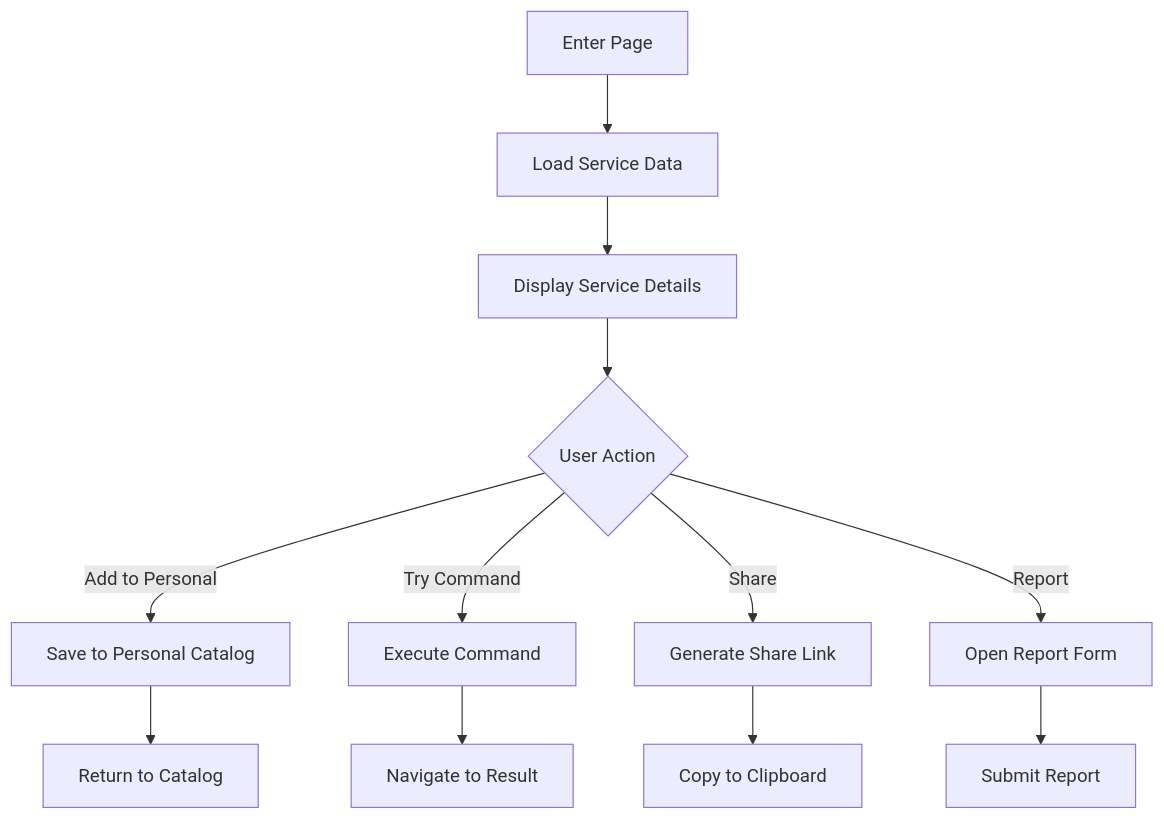
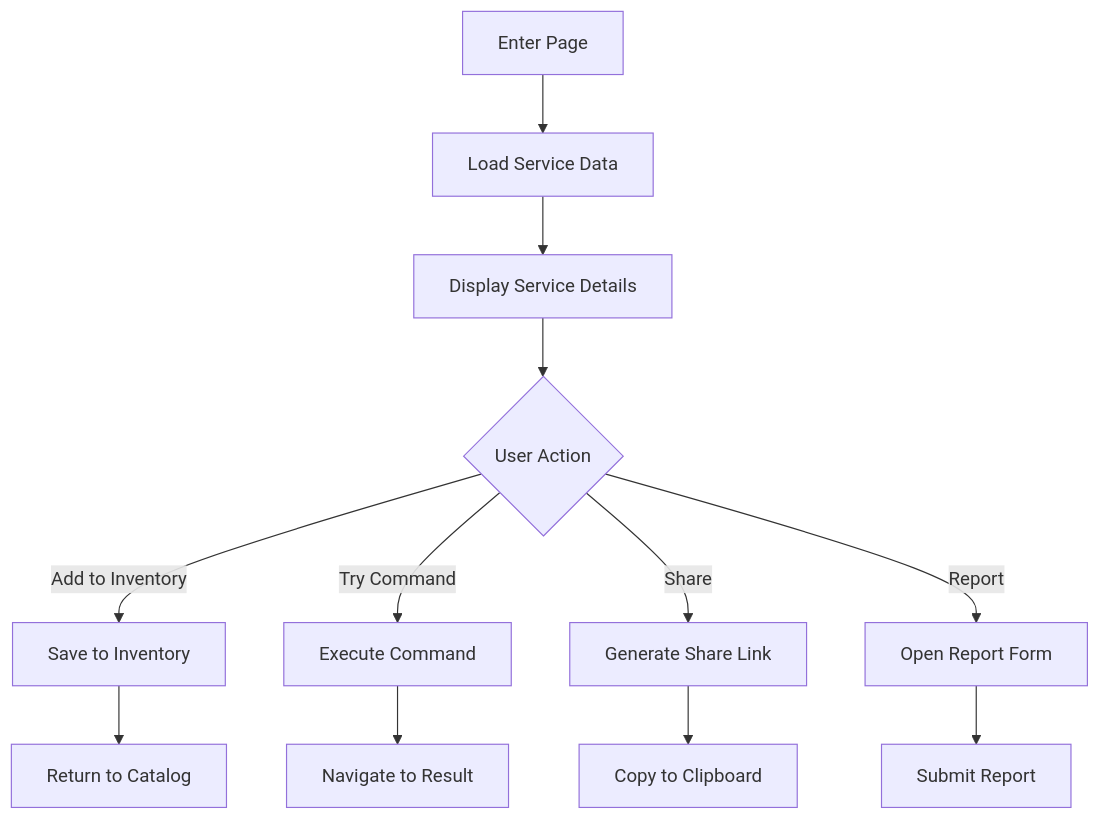
The diagram in pages/service-details.md (m3au/meows), drawn with Mermaid before and after one commit. The commit also changed other lines of this file and 14 other files, not shown here.

````diff
--- a/pages/service-details.md
+++ b/pages/service-details.md
@@ -60,14 +60,14 @@
 ```mermaid
 flowchart TD
     A[Enter Page] --> B[Load Service Data]
     B --> C[Display Service Details]
     C --> D{User Action}
-    D -->|Add to Personal| E[Save to Personal Catalog]
+    D -->|Add to Inventory| E[Save to Inventory]
     D -->|Try Command| F[Execute Command]
     D -->|Share| G[Generate Share Link]
     D -->|Report| H[Open Report Form]
     E --> I[Return to Catalog]
     F --> J[Navigate to Result]
     G --> K[Copy to Clipboard]
     H --> L[Submit Report]
 ```
````
